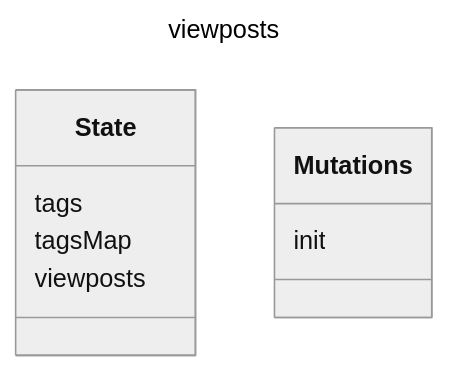
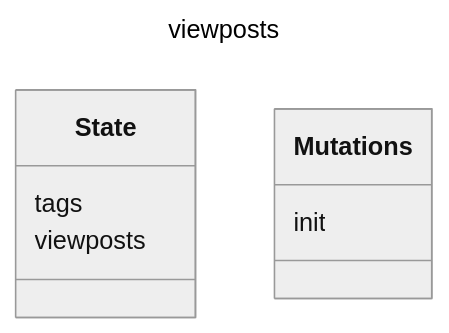
The second of 2 diagrams in README.md (f2xiao/site), drawn with Mermaid (neutral theme) before and after one commit. The commit also changed 8 other files, not shown here.

````diff
--- a/README.md
+++ b/README.md
@@ -19,12 +19,11 @@
 ```mermaid
 ---
 title: viewposts
 ---
 classDiagram
   class State
   State : tags
-  State : tagsMap
   State : viewposts
   class Mutations
   Mutations : init
 ```
````
